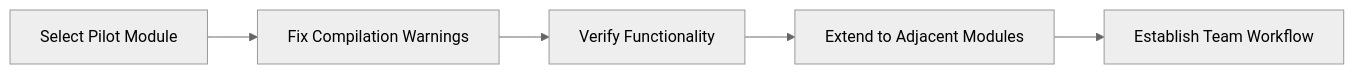
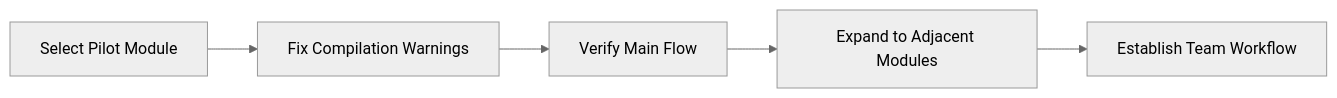
The second of 2 diagrams in packages/compiler/docs/en/guide/philosophy.md (vureact-js/docs), drawn with Mermaid (neutral theme) before and after one commit. The commit also changed other lines of this file and 1 other file, not shown here.

````diff
--- a/packages/compiler/docs/en/guide/philosophy.md
+++ b/packages/compiler/docs/en/guide/philosophy.md
@@ -64,7 +151,7 @@
 ```mermaid
 graph LR
     A[Select Pilot Module] --> B[Fix Compilation Warnings]
-    B --> C[Verify Functionality]
-    C --> D[Extend to Adjacent Modules]
+    B --> C[Verify Main Flow]
+    C --> D[Expand to Adjacent Modules]
     D --> E[Establish Team Workflow]
 ```
````
